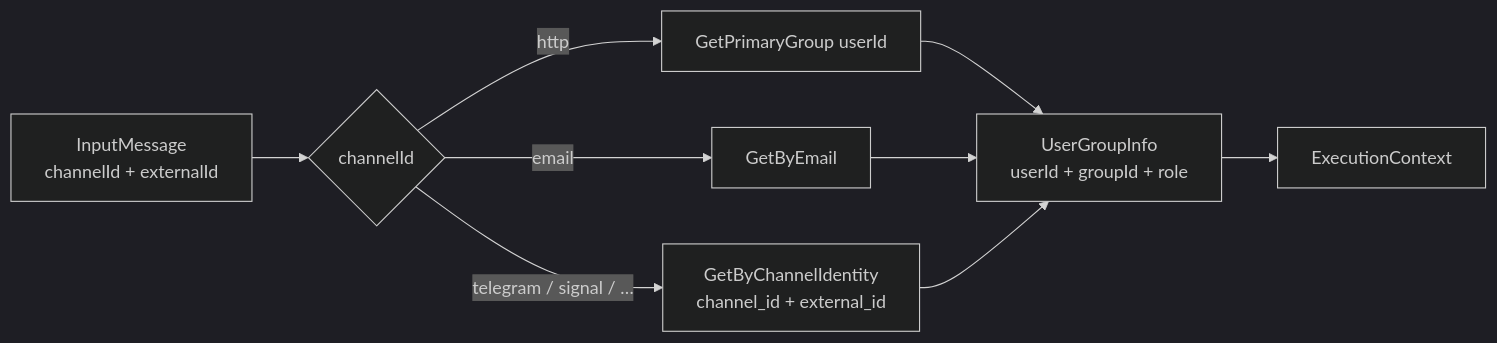
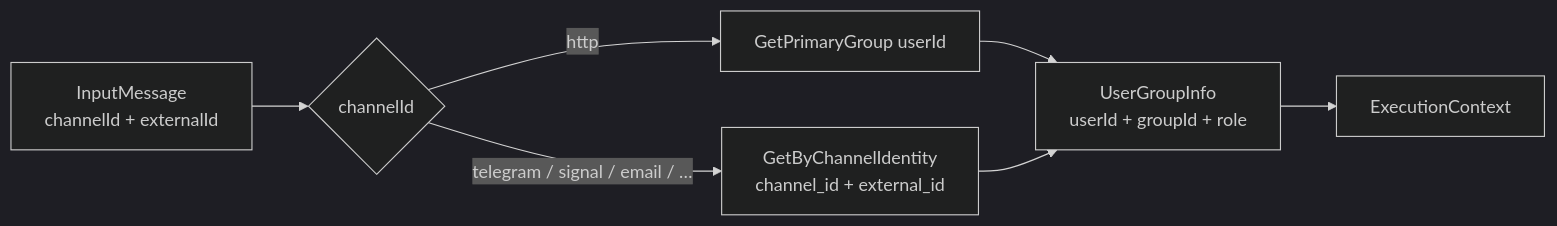
The third of 3 diagrams in docs/ARCHITECTURE.md (gr4b4z/Domsage), drawn with Mermaid (dark theme) before and after one commit. The commit also changed other lines of this file and 21 other files, not shown here.

First line of the commit message:
Email as a channel identity: multiple addresses per user + verified self-service linking

````diff
--- a/docs/ARCHITECTURE.md
+++ b/docs/ARCHITECTURE.md
@@ -153,9 +153,8 @@
 ```mermaid
 flowchart LR
     M[InputMessage<br/>channelId + externalId] --> S{channelId}
     S -->|http| U1[GetPrimaryGroup userId]
-    S -->|email| U2[GetByEmail]
-    S -->|telegram / signal / …| U3[GetByChannelIdentity<br/>channel_id + external_id]
-    U1 & U2 & U3 --> UG[UserGroupInfo<br/>userId + groupId + role]
+    S -->|telegram / signal / email / …| U3[GetByChannelIdentity<br/>channel_id + external_id]
+    U1 & U3 --> UG[UserGroupInfo<br/>userId + groupId + role]
     UG --> EC[ExecutionContext]
 ```
````
